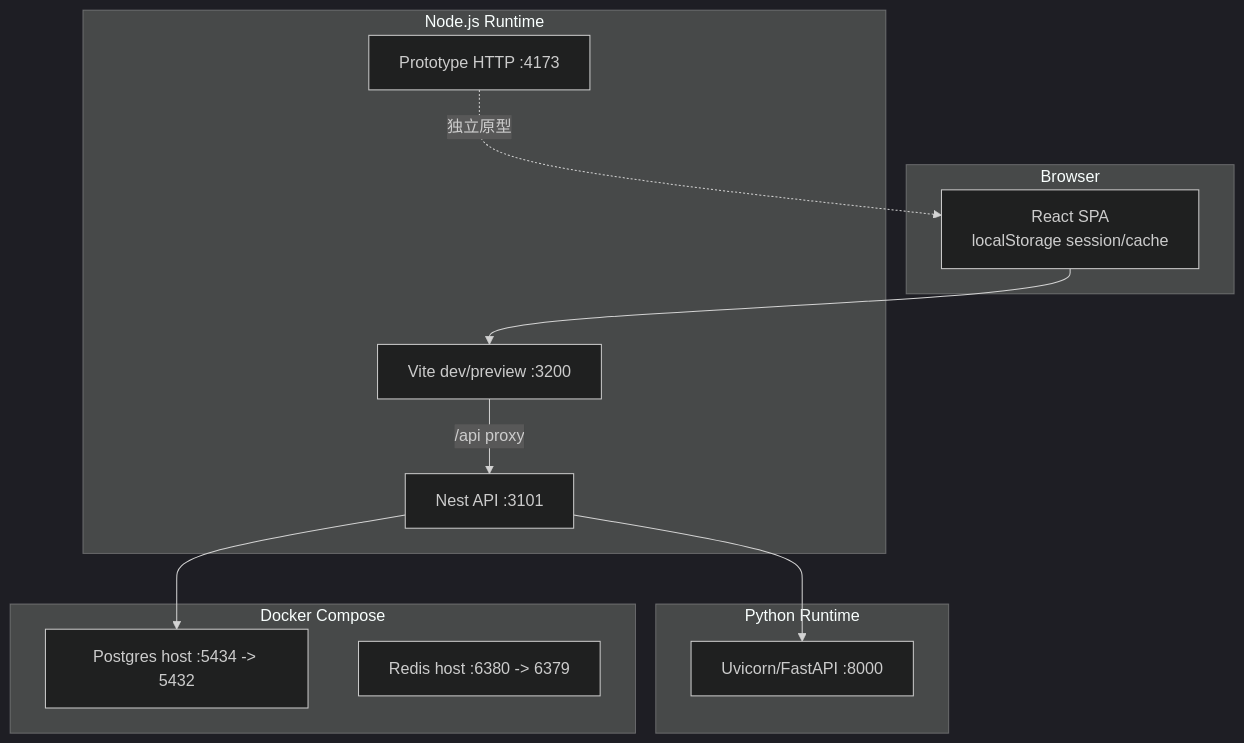
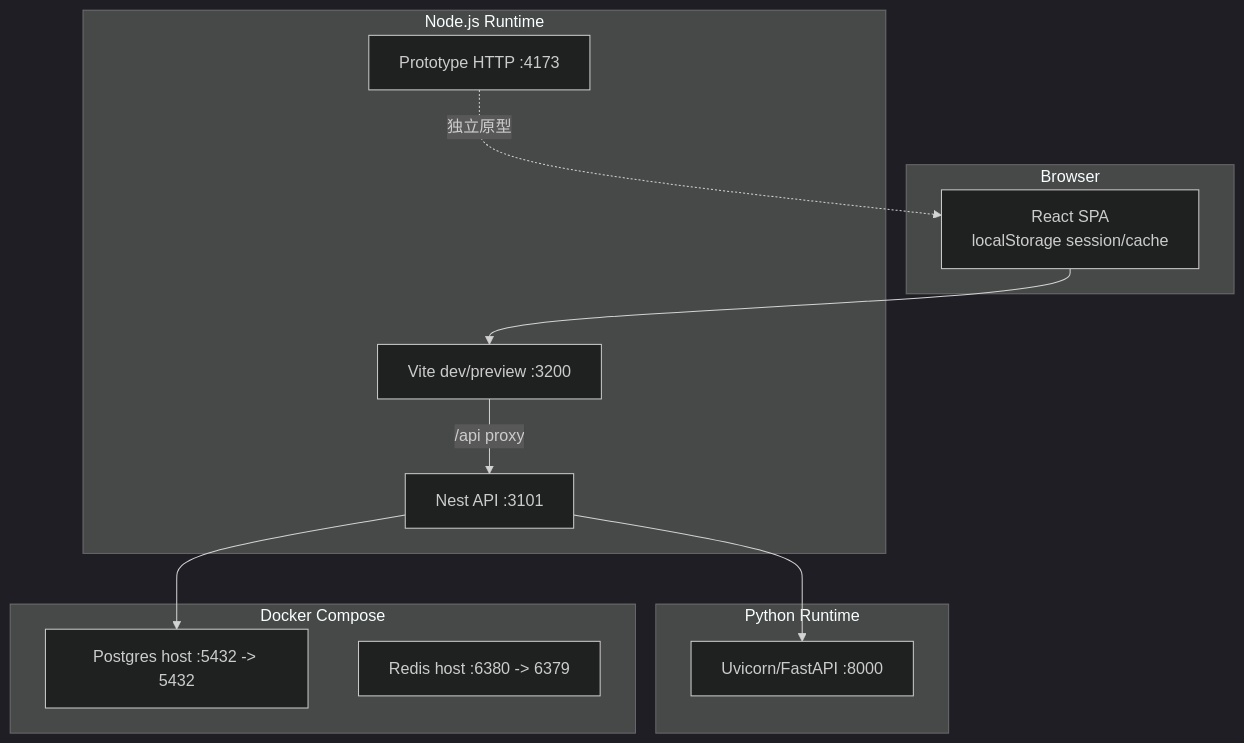
One commit to xbvb126/yansir1 changed the second of 6 diagrams in docs/ARCHITECTURE.md. Above: the diagram before and after it, drawn with Mermaid (dark theme). The commit also changed other lines of this file and 24 other files, not shown here.

````diff
--- a/docs/ARCHITECTURE.md
+++ b/docs/ARCHITECTURE.md
@@ -61,24 +61,24 @@
 ```mermaid
 flowchart TB
     subgraph Browser["Browser"]
       SPA["React SPA<br/>localStorage session/cache"]
     end
     subgraph Node["Node.js Runtime"]
       Vite["Vite dev/preview :3200"]
       Nest["Nest API :3101"]
       Proto["Prototype HTTP :4173"]
     end
     subgraph Python["Python Runtime"]
       FastAPI["Uvicorn/FastAPI :8000"]
     end
     subgraph Docker["Docker Compose"]
-      PG["Postgres host :5434 -> 5432"]
+      PG["Postgres host :5432 -> 5432"]
       Redis["Redis host :6380 -> 6379"]
     end
 
     SPA --> Vite
     Vite -->|"/api proxy"| Nest
     Nest --> FastAPI
     Nest --> PG
     Proto -. "独立原型" .-> SPA
 ```
````
